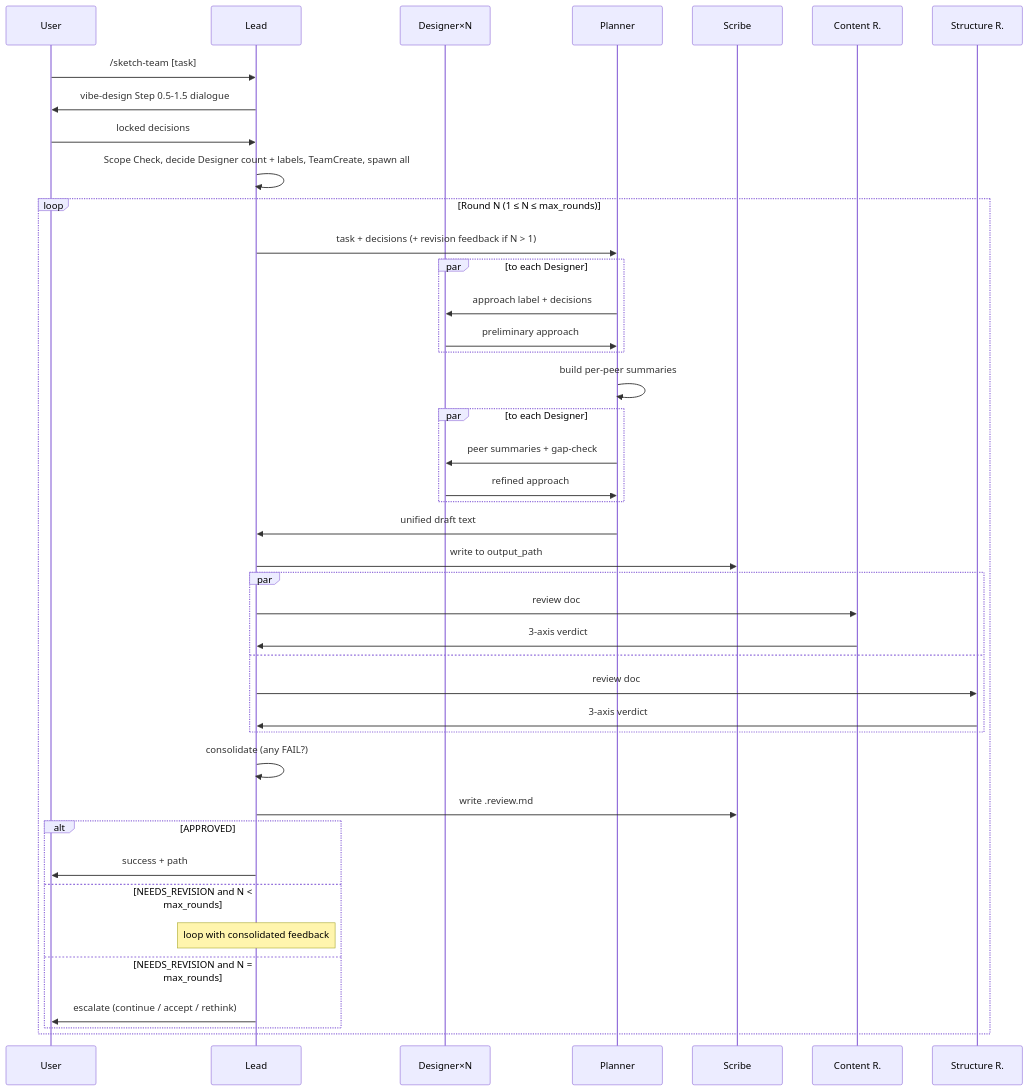
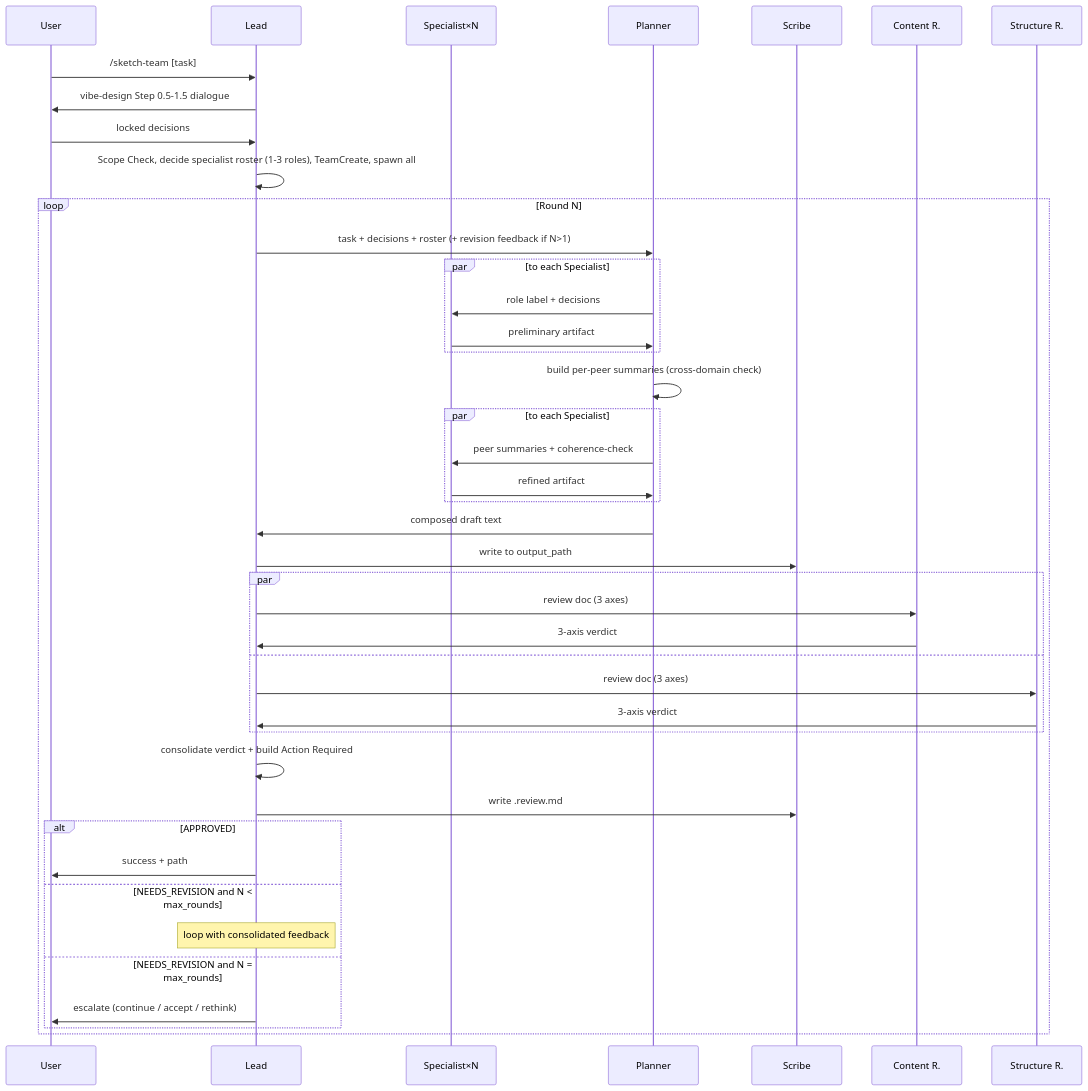
Before and after one commit to flashwade03/fablers-claude-harness: the diagram in plugins/vibe-architecture/docs/sketch-team.md, drawn with Mermaid. The commit also changed other lines of this file and 10 other files, not shown here.

````diff
--- a/plugins/vibe-architecture/docs/sketch-team.md
+++ b/plugins/vibe-architecture/docs/sketch-team.md
@@ -84,46 +95,46 @@
 ```mermaid
 sequenceDiagram
     participant U as User
     participant L as Lead
-    participant D as Designer×N
+    participant SD as Specialist×N
     participant P as Planner
     participant S as Scribe
     participant CR as Content R.
     participant SR as Structure R.
 
     U->>L: /sketch-team [task]
     L->>U: vibe-design Step 0.5-1.5 dialogue
     U->>L: locked decisions
-    L->>L: Scope Check, decide Designer count + labels, TeamCreate, spawn all
+    L->>L: Scope Check, decide specialist roster (1-3 roles), TeamCreate, spawn all
 
-    loop Round N (1 ≤ N ≤ max_rounds)
-        L->>P: task + decisions (+ revision feedback if N > 1)
-        par to each Designer
-            P->>D: approach label + decisions
-            D->>P: preliminary approach
+    loop Round N
+        L->>P: task + decisions + roster (+ revision feedback if N>1)
+        par to each Specialist
+            P->>SD: role label + decisions
+            SD->>P: preliminary artifact
         end
-        P->>P: build per-peer summaries
-        par to each Designer
-            P->>D: peer summaries + gap-check
-            D->>P: refined approach
+        P->>P: build per-peer summaries (cross-domain check)
+        par to each Specialist
+            P->>SD: peer summaries + coherence-check
+            SD->>P: refined artifact
         end
-        P->>L: unified draft text
+        P->>L: composed draft text
         L->>S: write to output_path
         par
-            L->>CR: review doc
+            L->>CR: review doc (3 axes)
             CR->>L: 3-axis verdict
         and
-            L->>SR: review doc
+            L->>SR: review doc (3 axes)
             SR->>L: 3-axis verdict
         end
-        L->>L: consolidate (any FAIL?)
+        L->>L: consolidate verdict + build Action Required
         L->>S: write .review.md
         alt APPROVED
             L->>U: success + path
         else NEEDS_REVISION and N < max_rounds
             Note over L: loop with consolidated feedback
         else NEEDS_REVISION and N = max_rounds
             L->>U: escalate (continue / accept / rethink)
         end
     end
 ```
````
